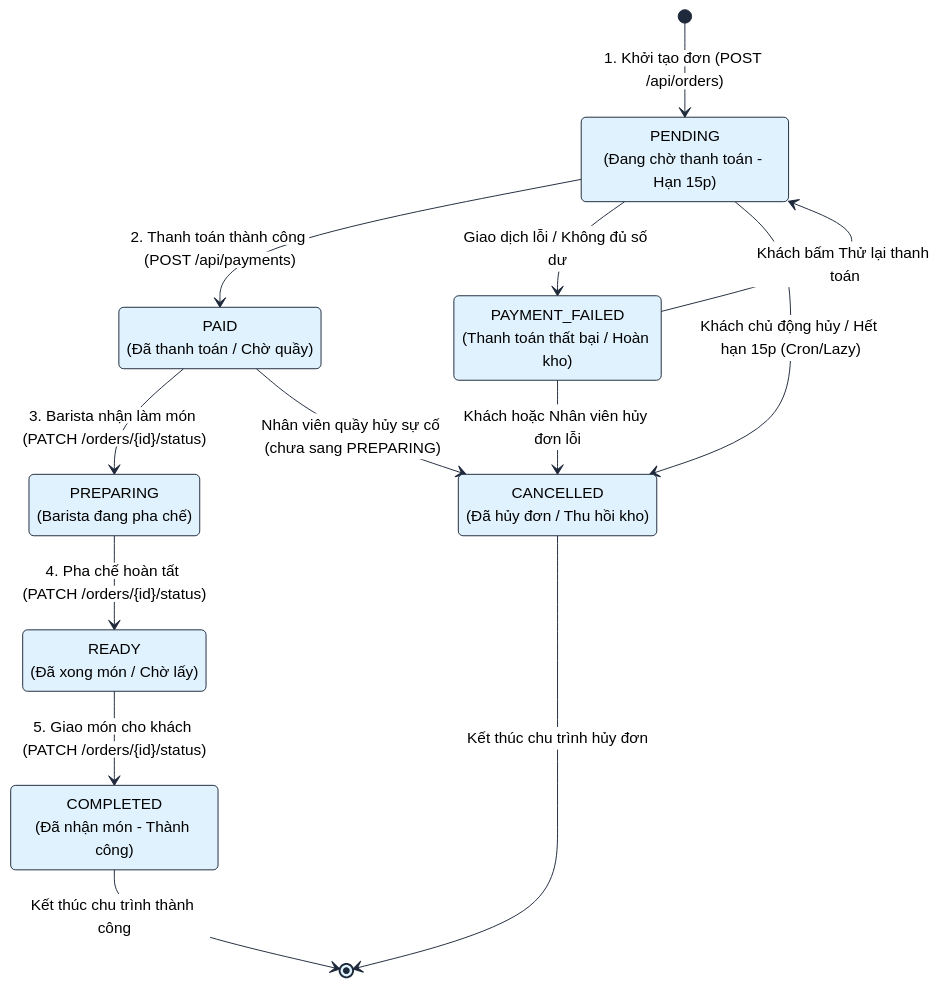
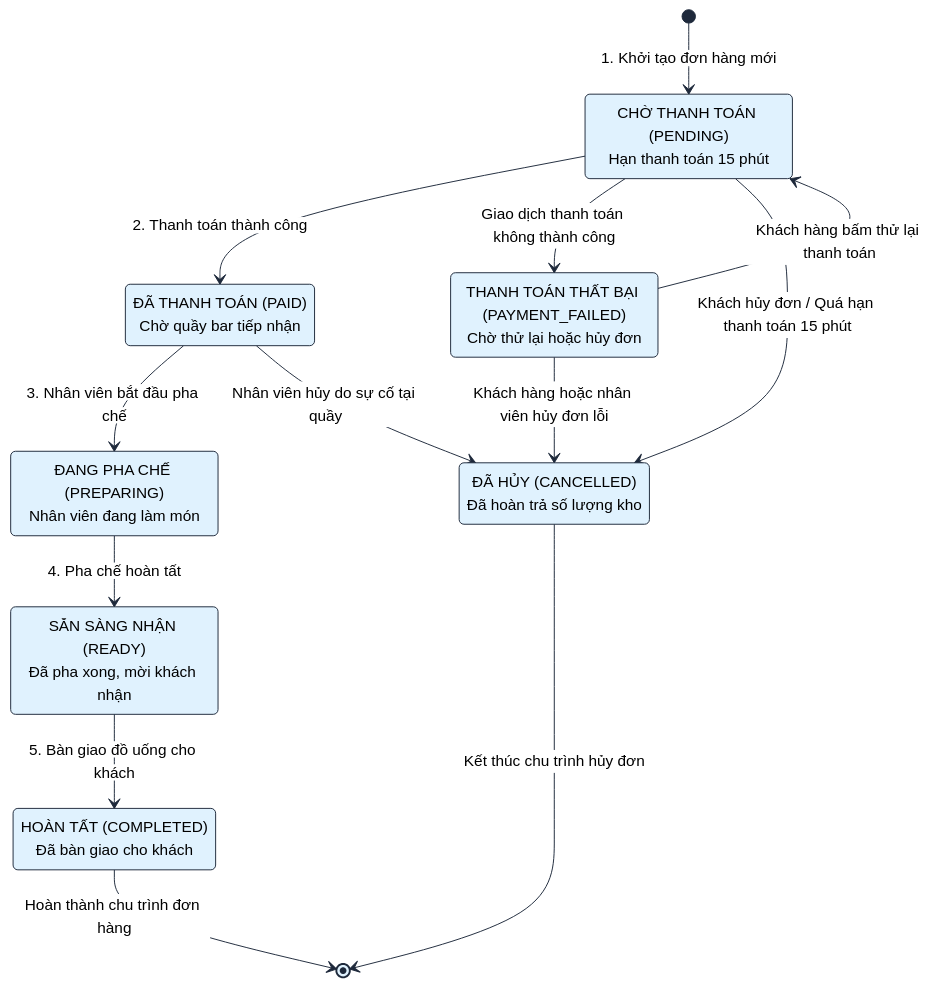
Before and after one commit to ThuanTran260/CNPM-BrewLite: diagram 13 of 13 in docs/SYSTEM_ARCHITECTURE_DIAGRAMS.md, drawn with Mermaid. The commit also changed other lines of this file and 25 other files, not shown here.

First line of the commit message:
docs(diagrams): chuan hoa so do hoc thuat tieng Viet va bo sung sequence diagram

````diff
--- a/docs/SYSTEM_ARCHITECTURE_DIAGRAMS.md
+++ b/docs/SYSTEM_ARCHITECTURE_DIAGRAMS.md
@@ -1150,54 +1252,54 @@
 ```mermaid
 %%{init: {
   'theme': 'base',
   'themeVariables': {
     'primaryColor': '#e0f2fe',
     'primaryTextColor': '#000000',
     'primaryBorderColor': '#1e293b',
     'lineColor': '#1e293b',
     'secondaryColor': '#fef3c7',
     'tertiaryColor': '#ffffff',
     'edgeLabelBackground':'#ffffff',
     'fontFamily': 'Segoe UI, Arial, sans-serif'
   }
 }}%%
 stateDiagram-v2
     direction TB
 
-    [*] --> PENDING : 1. Khởi tạo đơn (POST /api/orders)
+    [*] --> PENDING : 1. Khởi tạo đơn hàng mới
 
-    state "PENDING<br>(Đang chờ thanh toán - Hạn 15p)" as PENDING
-    state "PAYMENT_FAILED<br>(Thanh toán thất bại / Hoàn kho)" as PAYMENT_FAILED
-    state "PAID<br>(Đã thanh toán / Chờ quầy)" as PAID
-    state "PREPARING<br>(Barista đang pha chế)" as PREPARING
-    state "READY<br>(Đã xong món / Chờ lấy)" as READY
-    state "COMPLETED<br>(Đã nhận món - Thành công)" as COMPLETED
-    state "CANCELLED<br>(Đã hủy đơn / Thu hồi kho)" as CANCELLED
+    state "CHỜ THANH TOÁN (PENDING)<br>Hạn thanh toán 15 phút" as PENDING
+    state "THANH TOÁN THẤT BẠI (PAYMENT_FAILED)<br>Chờ thử lại hoặc hủy đơn" as PAYMENT_FAILED
+    state "ĐÃ THANH TOÁN (PAID)<br>Chờ quầy bar tiếp nhận" as PAID
+    state "ĐANG PHA CHẾ (PREPARING)<br>Nhân viên đang làm món" as PREPARING
+    state "SẴN SÀNG NHẬN (READY)<br>Đã pha xong, mời khách nhận" as READY
+    state "HOÀN TẤT (COMPLETED)<br>Đã bàn giao cho khách" as COMPLETED
+    state "ĐÃ HỦY (CANCELLED)<br>Đã hoàn trả số lượng kho" as CANCELLED
 
     %% Luồng chuyển tiếp chuẩn (Happy Path)
-    PENDING --> PAID : 2. Thanh toán thành công (POST /api/payments)
-    PAID --> PREPARING : 3. Barista nhận làm món (PATCH /orders/{id}/status)
-    PREPARING --> READY : 4. Pha chế hoàn tất (PATCH /orders/{id}/status)
-    READY --> COMPLETED : 5. Giao món cho khách (PATCH /orders/{id}/status)
-    COMPLETED --> [*] : Kết thúc chu trình thành công
+    PENDING --> PAID : 2. Thanh toán thành công
+    PAID --> PREPARING : 3. Nhân viên bắt đầu pha chế
+    PREPARING --> READY : 4. Pha chế hoàn tất
+    READY --> COMPLETED : 5. Bàn giao đồ uống cho khách
+    COMPLETED --> [*] : Hoàn thành chu trình đơn hàng
 
     %% Nhánh xử lý lỗi thanh toán
-    PENDING --> PAYMENT_FAILED : Giao dịch lỗi / Không đủ số dư
-    PAYMENT_FAILED --> PENDING : Khách bấm Thử lại thanh toán
+    PENDING --> PAYMENT_FAILED : Giao dịch thanh toán không thành công
+    PAYMENT_FAILED --> PENDING : Khách hàng bấm thử lại thanh toán
 
     %% Nhánh hủy đơn và hoàn trả kho
-    PENDING --> CANCELLED : Khách chủ động hủy / Hết hạn 15p (Cron/Lazy)
-    PAYMENT_FAILED --> CANCELLED : Khách hoặc Nhân viên hủy đơn lỗi
-    PAID --> CANCELLED : Nhân viên quầy hủy sự cố (chưa sang PREPARING)
+    PENDING --> CANCELLED : Khách hủy đơn / Quá hạn thanh toán 15 phút
+    PAYMENT_FAILED --> CANCELLED : Khách hàng hoặc nhân viên hủy đơn lỗi
+    PAID --> CANCELLED : Nhân viên hủy do sự cố tại quầy
     CANCELLED --> [*] : Kết thúc chu trình hủy đơn
 
     classDef successState fill:#dcfce7,stroke:#1e293b,color:#000000,stroke-width:2px;
     classDef failedState fill:#fee2e2,stroke:#1e293b,color:#000000,stroke-width:2px;
     classDef cancelState fill:#f1f5f9,stroke:#1e293b,color:#000000,stroke-width:2px;
     classDef activeState fill:#e0f2fe,stroke:#1e293b,color:#000000,stroke-width:2px;
 
     class PENDING,PAID,PREPARING,READY activeState;
     class COMPLETED successState;
     class PAYMENT_FAILED failedState;
     class CANCELLED cancelState;
 ```
````
